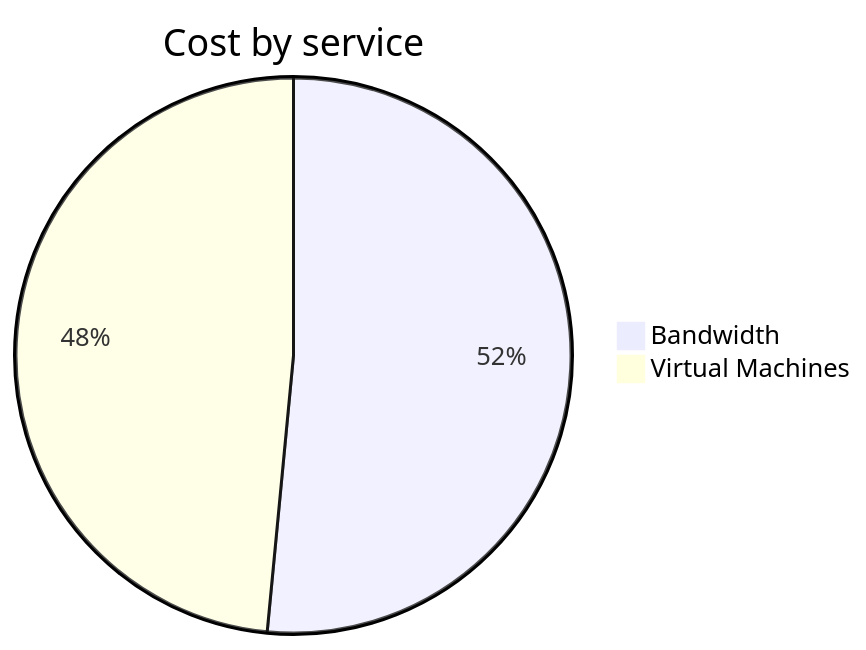
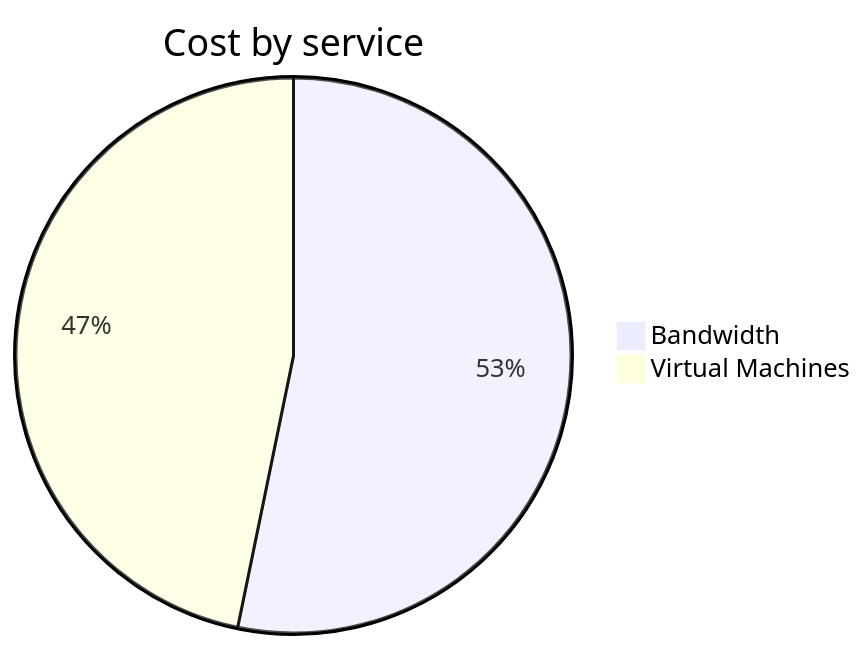
One commit to jpfulton/azure-personal-reports changed the second of 4 diagrams in cost-reports/personal-network/vpn-server.md. Above: the diagram before and after it, drawn with Mermaid. The commit also changed other lines of this file and 7 other files, not shown here.

````diff
--- a/cost-reports/personal-network/vpn-server.md
+++ b/cost-reports/personal-network/vpn-server.md
@@ -96,6 +96,6 @@
 ```mermaid
 pie
    title Cost by service
-   "Bandwidth" : 4.60
-   "Virtual Machines" : 4.33
+   "Bandwidth" : 5.12
+   "Virtual Machines" : 4.50
 ```
````
